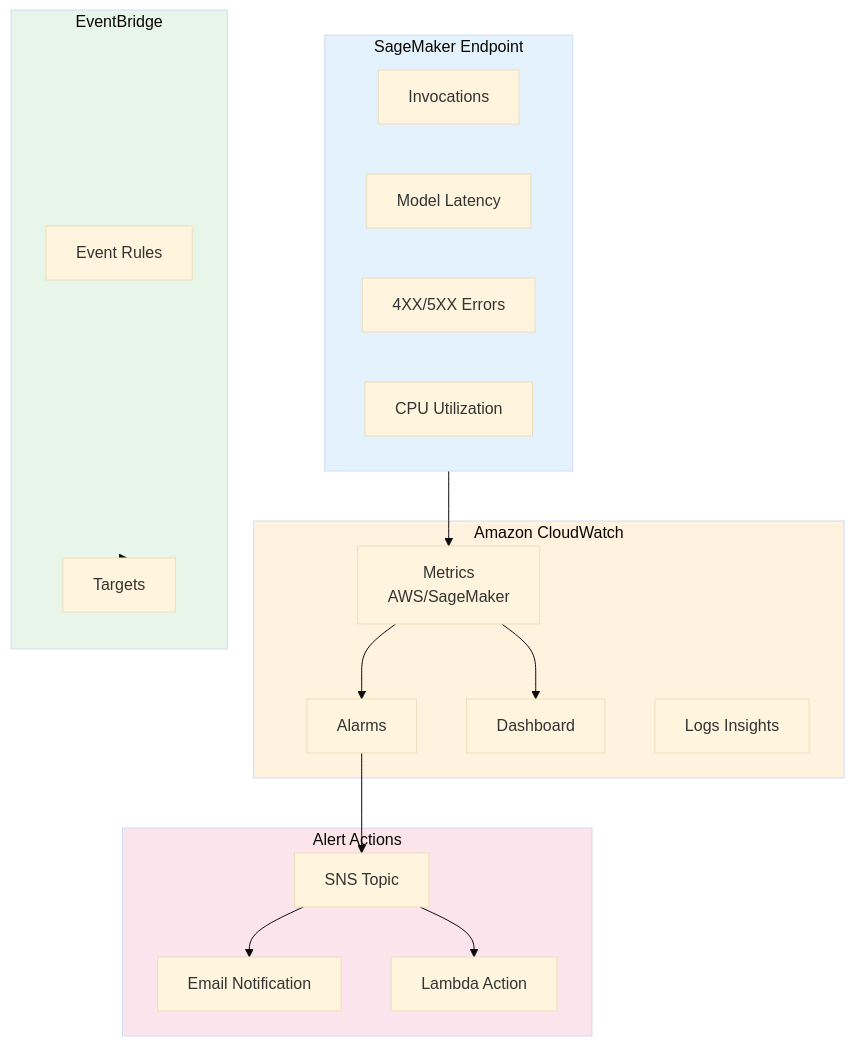
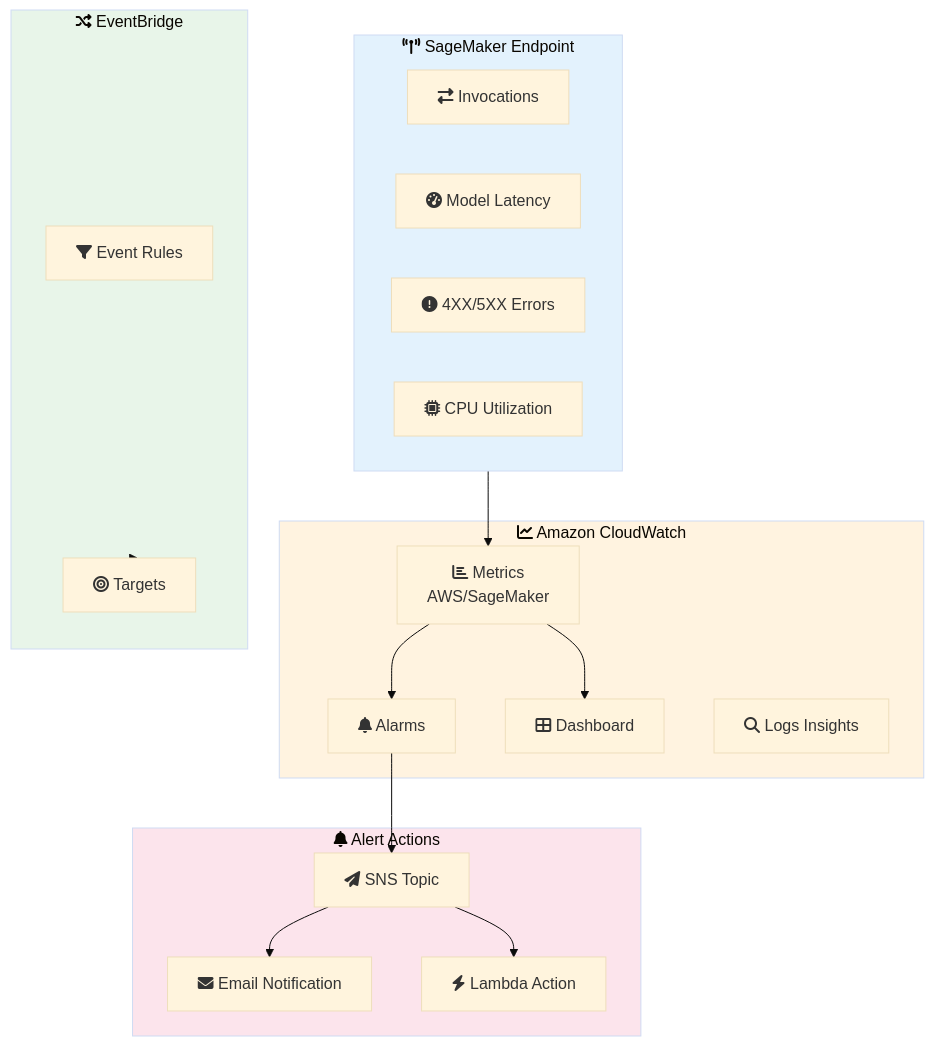
The first of 4 diagrams in aws-ml-associate-prep/16-cloudwatch-alerts/LAB.md (vinu76jsr/aws-sample-projects), drawn with Mermaid (base theme) before and after one commit. The commit also changed other lines of this file and 15 other files, not shown here.

First line of the commit message:
Add Font Awesome icons to all Mermaid diagrams

````diff
--- a/aws-ml-associate-prep/16-cloudwatch-alerts/LAB.md
+++ b/aws-ml-associate-prep/16-cloudwatch-alerts/LAB.md
@@ -14,40 +14,40 @@
 ```mermaid
 flowchart TB
-    subgraph Endpoint["SageMaker Endpoint"]
-        Invoke[Invocations]
-        Latency[Model Latency]
-        Errors[4XX/5XX Errors]
-        CPU[CPU Utilization]
+    subgraph Endpoint["fa:fa-broadcast-tower SageMaker Endpoint"]
+        Invoke[fa:fa-exchange-alt Invocations]
+        Latency[fa:fa-tachometer-alt Model Latency]
+        Errors[fa:fa-exclamation-circle 4XX/5XX Errors]
+        CPU[fa:fa-microchip CPU Utilization]
     end
 
-    subgraph CloudWatch["Amazon CloudWatch"]
-        Metrics[Metrics<br/>AWS/SageMaker]
-        Alarms[Alarms]
-        Dashboard[Dashboard]
-        Logs[Logs Insights]
+    subgraph CloudWatch["fa:fa-chart-line Amazon CloudWatch"]
+        Metrics[fa:fa-chart-bar Metrics<br/>AWS/SageMaker]
+        Alarms[fa:fa-bell Alarms]
+        Dashboard[fa:fa-th-large Dashboard]
+        Logs[fa:fa-search Logs Insights]
     end
 
-    subgraph Alerting["Alert Actions"]
-        SNS[SNS Topic]
-        Email[Email Notification]
-        Lambda[Lambda Action]
+    subgraph Alerting["fa:fa-bell Alert Actions"]
+        SNS[fa:fa-paper-plane SNS Topic]
+        Email[fa:fa-envelope Email Notification]
+        Lambda[fa:fa-bolt Lambda Action]
     end
 
-    subgraph EventBridge["EventBridge"]
-        Rules[Event Rules]
-        Targets[Targets]
+    subgraph EventBridge["fa:fa-random EventBridge"]
+        Rules[fa:fa-filter Event Rules]
+        Targets[fa:fa-bullseye Targets]
     end
 
     Endpoint --> Metrics
     Metrics --> Alarms
     Metrics --> Dashboard
     Alarms --> SNS
     SNS --> Email
     SNS --> Lambda
     EventBridge --> Targets
 
     style Endpoint fill:#e3f2fd
     style CloudWatch fill:#fff3e0
     style Alerting fill:#fce4ec
     style EventBridge fill:#e8f5e9
 ```
````
